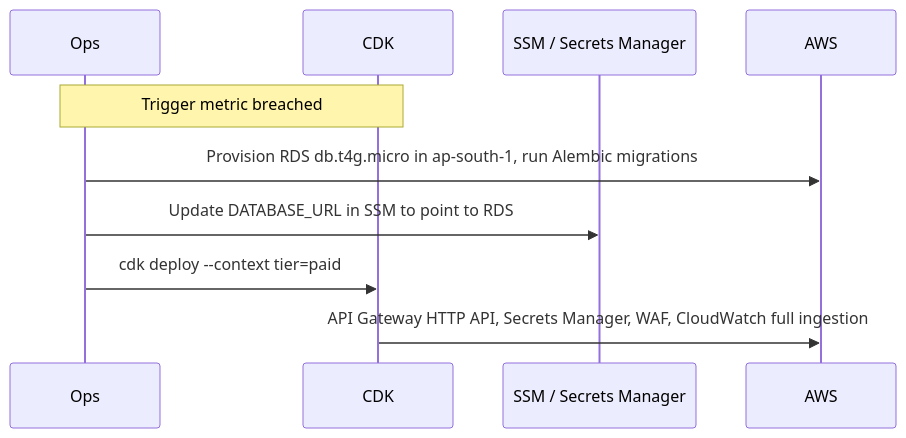
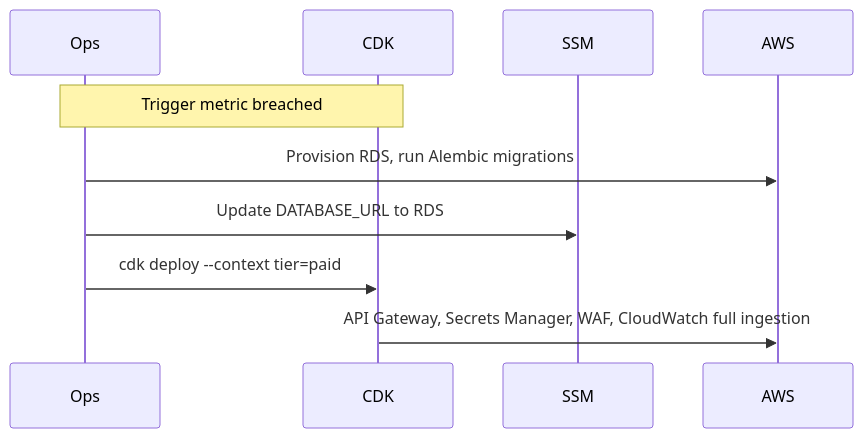
The tenth of 10 diagrams in designs/DESIGN_v5.md (akhiljoe/razorpay-payment-integration), drawn with Mermaid before and after one commit. The commit also changed other lines of this file, not shown here.

Commit message:
Clean up DESIGN_v5: fix mermaid parse errors, trim duplicate content

````diff
--- a/designs/DESIGN_v5.md
+++ b/designs/DESIGN_v5.md
@@ -875,13 +857,13 @@
 ```mermaid
 sequenceDiagram
     participant Ops
     participant CDK
-    participant SSM as SSM / Secrets Manager
+    participant SSM
     participant AWS
 
     Note over Ops,CDK: Trigger metric breached
-    Ops->>AWS: Provision RDS db.t4g.micro in ap-south-1, run Alembic migrations
-    Ops->>SSM: Update DATABASE_URL in SSM to point to RDS
+    Ops->>AWS: Provision RDS, run Alembic migrations
+    Ops->>SSM: Update DATABASE_URL to RDS
     Ops->>CDK: cdk deploy --context tier=paid
-    CDK->>AWS: API Gateway HTTP API, Secrets Manager, WAF, CloudWatch full ingestion
+    CDK->>AWS: API Gateway, Secrets Manager, WAF, CloudWatch full ingestion
 ```
````
